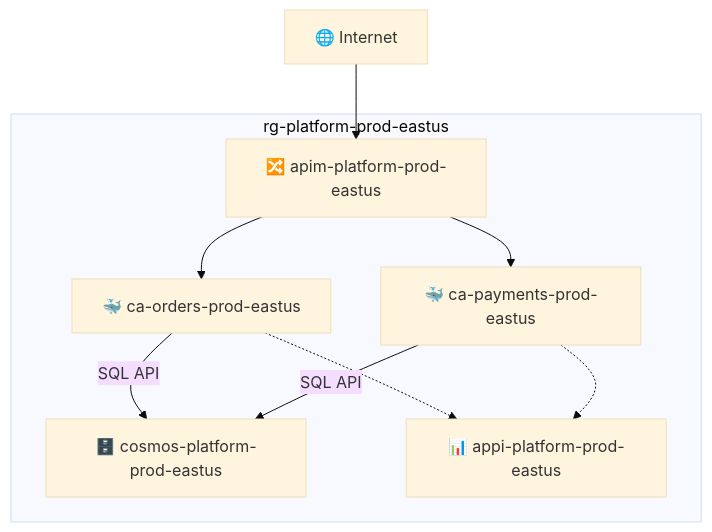
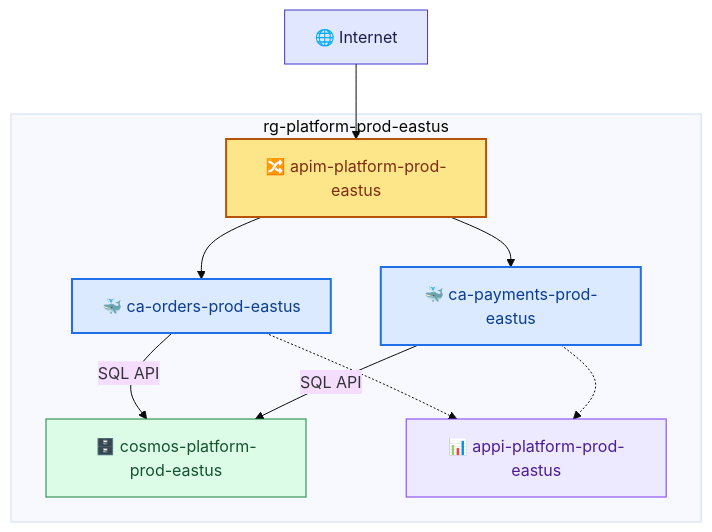
Before and after one commit to Azure/git-ape: the third of 3 diagrams in .github/agents/azure-template-generator.agent.md, drawn with Mermaid (base theme). The commit also changed other lines of this file and 48 other files, not shown here.

First line of the commit message:
docs(website): manifesto-aligned rewrite, deploy-anything, mermaid zoom + colors

````diff
--- a/.github/agents/azure-template-generator.agent.md
+++ b/.github/agents/azure-template-generator.agent.md
@@ -447,18 +467,29 @@
 ```mermaid
 graph TD
     Internet["🌐 Internet"] --> APIM["🔀 apim-platform-prod-eastus"]
     APIM --> CA1["🐳 ca-orders-prod-eastus"]
     APIM --> CA2["🐳 ca-payments-prod-eastus"]
     CA1 -->|"SQL API"| Cosmos["🗄️ cosmos-platform-prod-eastus"]
     CA2 -->|"SQL API"| Cosmos
     CA1 -.-> AppInsights["📊 appi-platform-prod-eastus"]
     CA2 -.-> AppInsights
     
     subgraph rg-platform-prod-eastus
         APIM
         CA1
         CA2
         Cosmos
         AppInsights
     end
+
+    classDef internet fill:#e0e7ff,stroke:#4338ca,color:#1e1b4b
+    classDef gateway fill:#fde68a,stroke:#b45309,stroke-width:2px,color:#7c2d12
+    classDef container fill:#dbeafe,stroke:#1f6feb,stroke-width:2px,color:#0b3d91
+    classDef data fill:#dcfce7,stroke:#15803d,color:#14532d
+    classDef monitor fill:#ede9fe,stroke:#7c3aed,color:#4c1d95
+    class Internet internet
+    class APIM gateway
+    class CA1,CA2 container
+    class Cosmos data
+    class AppInsights monitor
 ```
````
